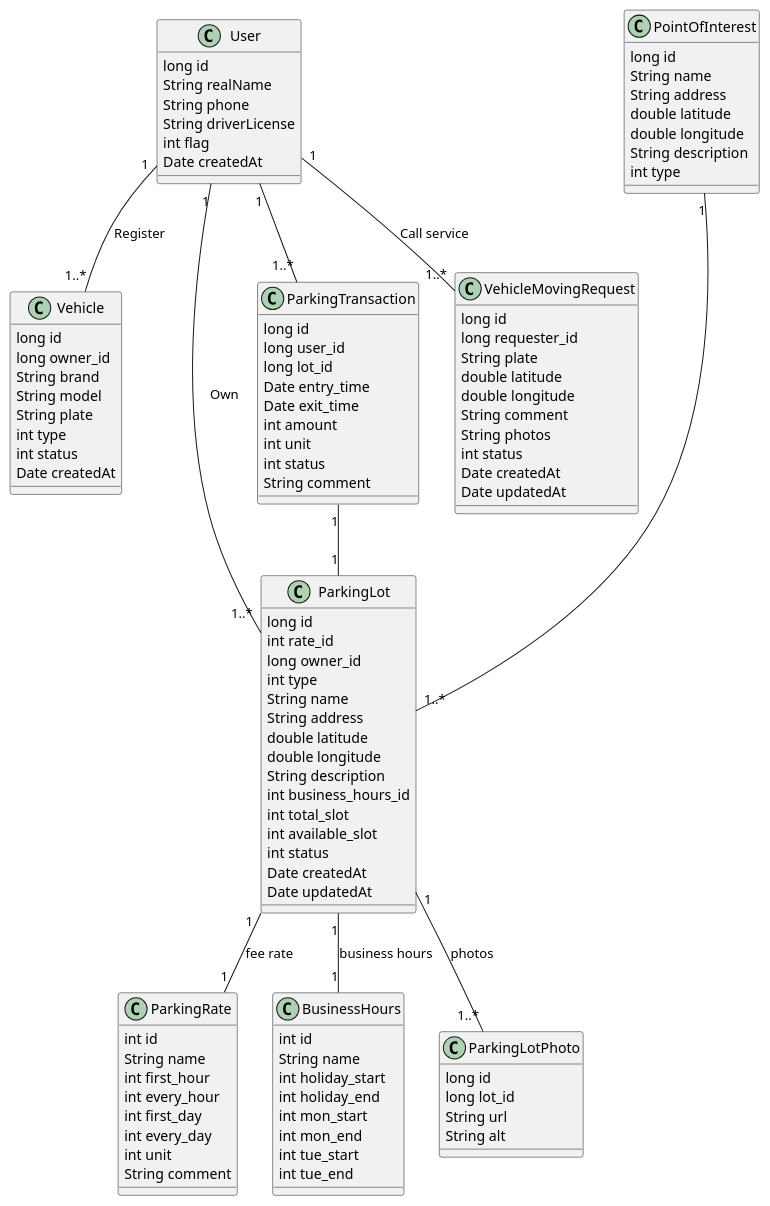
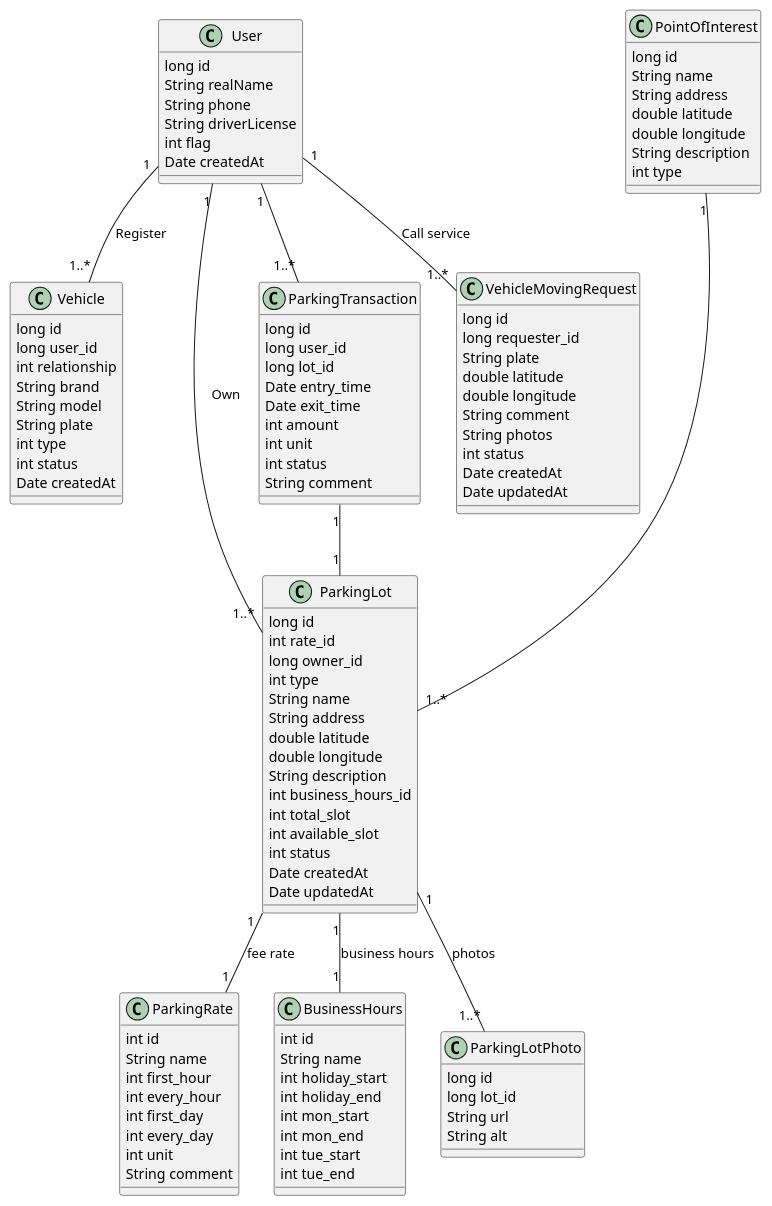
One commit to chatchatabc/davao-parking changed the diagram in docs/clazz-diagram.puml. Above: the diagram before and after it, drawn with PlantUML.

Commit message:
chore: add relationship for Vehicle

```diff
--- a/docs/clazz-diagram.puml
+++ b/docs/clazz-diagram.puml
@@ -1,119 +1,120 @@
 @startuml
 'https://plantuml.com/class-diagram
 
 class User {
  long id
  String realName
  String phone
  String driverLicense
  int flag
  Date createdAt
 }
 
 class Vehicle {
  long id
- long owner_id
+ long user_id
+ int relationship
  String brand
  String model
  String plate
  int type
  int status
  Date createdAt
 }
 
 class ParkingRate {
  int id
  String name
  int first_hour
  int every_hour
  int first_day
  int every_day
  int unit
  String comment
 }
 
 class ParkingLot {
  long id
  int rate_id
  long owner_id
  int type
  String name
  String address
  double latitude
  double longitude
  String description
  int business_hours_id
  int total_slot
  int available_slot
  int status
  Date createdAt
  Date updatedAt
 }
 
 class BusinessHours {
    int id
    String name
    int holiday_start
    int holiday_end
    int mon_start
    int mon_end
    int tue_start
    int tue_end
 }
 
 class ParkingLotPhoto {
  long id
  long lot_id
  String url
  String alt
 }
 
 class ParkingTransaction {
   long id
   long user_id
   long lot_id
   Date entry_time
   Date exit_time
   int amount
   int unit
   int status
   String comment
 }
 
 class PointOfInterest {
   long id
   String name
   String address
   double latitude
   double longitude
   String description
   int type
 }
 
 class VehicleMovingRequest {
    long id
    long requester_id
    String plate
    double latitude
    double longitude
    String comment
    String photos
    int status
    Date createdAt
    Date updatedAt
 }
 
 User "1" -- "1..*" Vehicle: Register
 User "1" -- "1..*" ParkingLot: Own
 User "1" -- "1..*" VehicleMovingRequest: Call service
 User "1" -- "1..*" ParkingTransaction
 ParkingTransaction "1" -- "1" ParkingLot
 
 ParkingLot "1" -- "1..*" ParkingLotPhoto: photos
 ParkingLot "1" -- "1" ParkingRate: fee rate
 ParkingLot "1" -- "1" BusinessHours: business hours
 
 PointOfInterest "1" --- "1..*" ParkingLot
 
 
 @enduml
```
